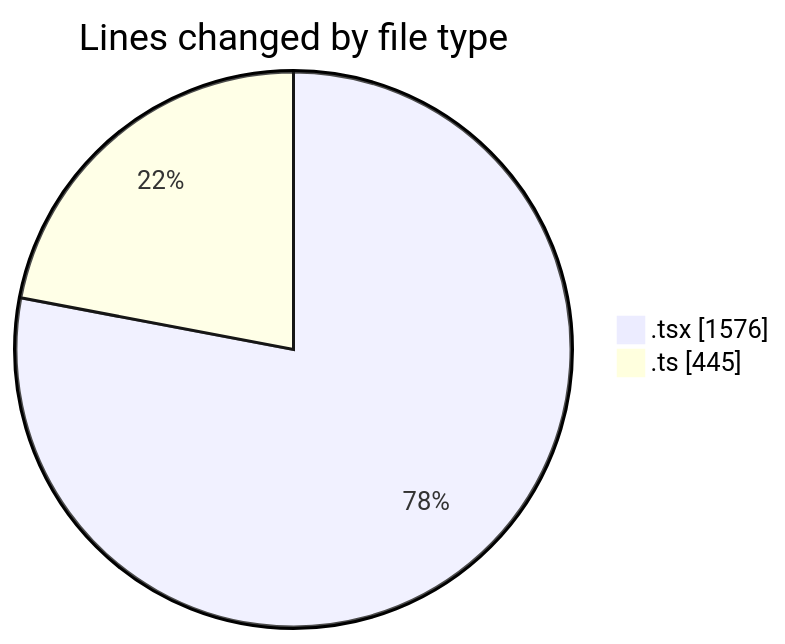
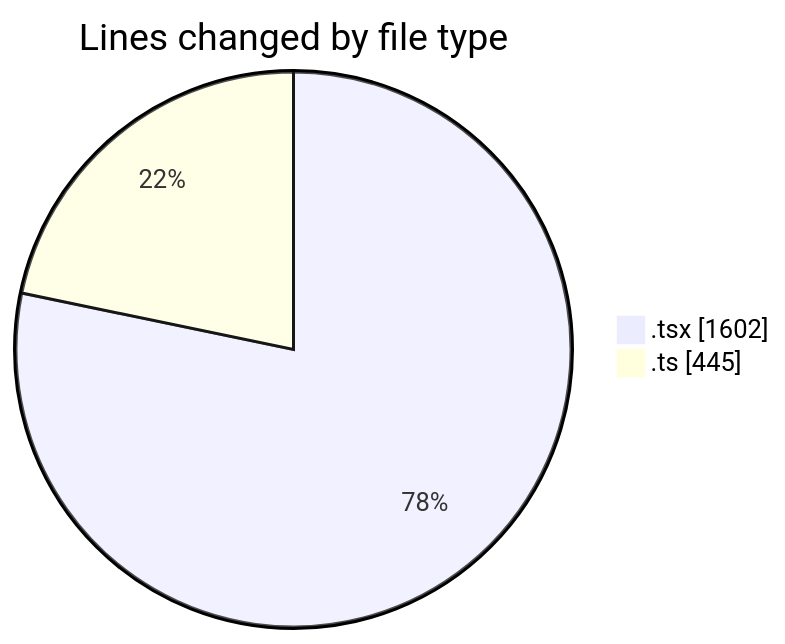
One commit to robertbonfada/code-tracking changed the first of 2 diagrams in 2025-01-30/mbc-web/README.md. Above: the diagram before and after it, drawn with Mermaid. The commit also changed other lines of this file and 1 other file, not shown here.

````diff
--- a/2025-01-30/mbc-web/README.md
+++ b/2025-01-30/mbc-web/README.md
@@ -30,6 +30,6 @@
 ```mermaid
 pie showData
 title Lines changed by file type
-".tsx" : 1576
+".tsx" : 1602
 ".ts" : 445
 ```
````
